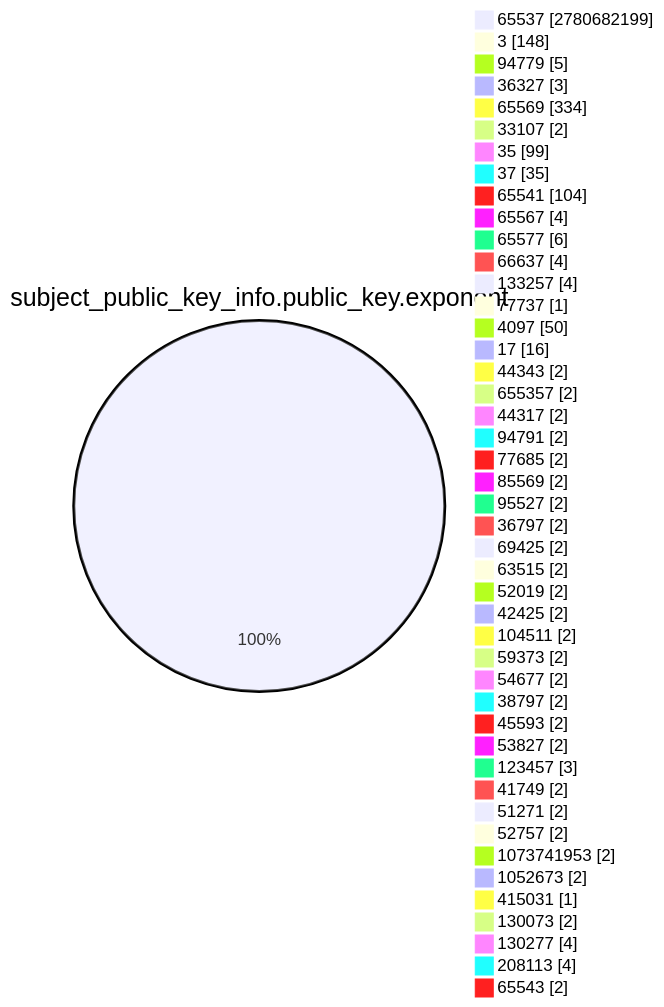
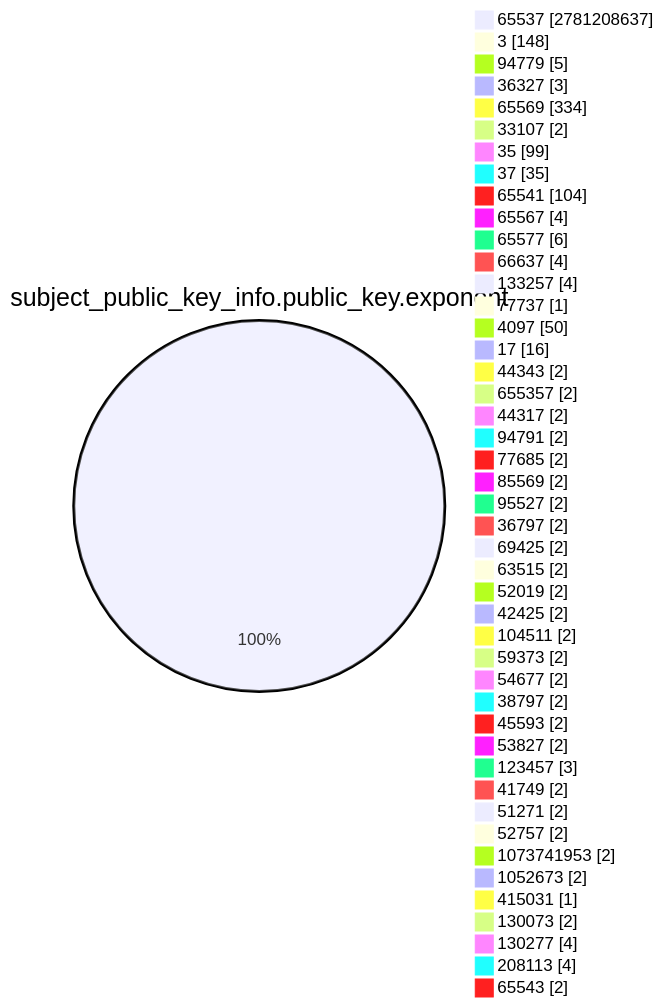
Before and after one commit to christiankrug/ctmonitor_visualization: the fourth of 15 diagrams in TOTAL/README.md, drawn with Mermaid. The commit also changed other lines of this file, not shown here.

````diff
--- a/TOTAL/README.md
+++ b/TOTAL/README.md
@@ -1467,49 +1467,49 @@
 ```mermaid
 pie showData
 title subject_public_key_info.public_key.exponent
-"65537" :2780682199
+"65537" :2781208637
 "3" :148
 "94779" :5
 "36327" :3
 "65569" :334
 "33107" :2
 "35" :99
 "37" :35
 "65541" :104
 "65567" :4
 "65577" :6
 "66637" :4
 "133257" :4
 "77737" :1
 "4097" :50
 "17" :16
 "44343" :2
 "655357" :2
 "44317" :2
 "94791" :2
 "77685" :2
 "85569" :2
 "95527" :2
 "36797" :2
 "69425" :2
 "63515" :2
 "52019" :2
 "42425" :2
 "104511" :2
 "59373" :2
 "54677" :2
 "38797" :2
 "45593" :2
 "53827" :2
 "123457" :3
 "41749" :2
 "51271" :2
 "52757" :2
 "1073741953" :2
 "1052673" :2
 "415031" :1
 "130073" :2
 "130277" :4
 "208113" :4
 "65543" :2
 ```
````
